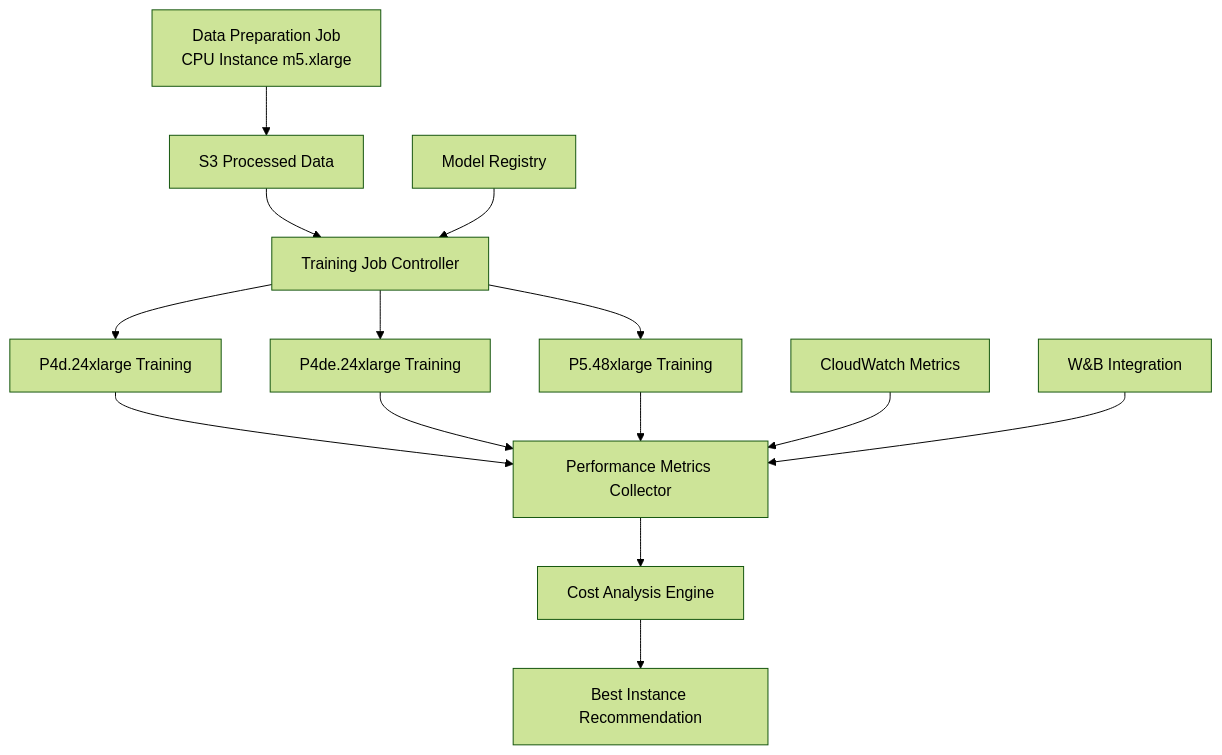
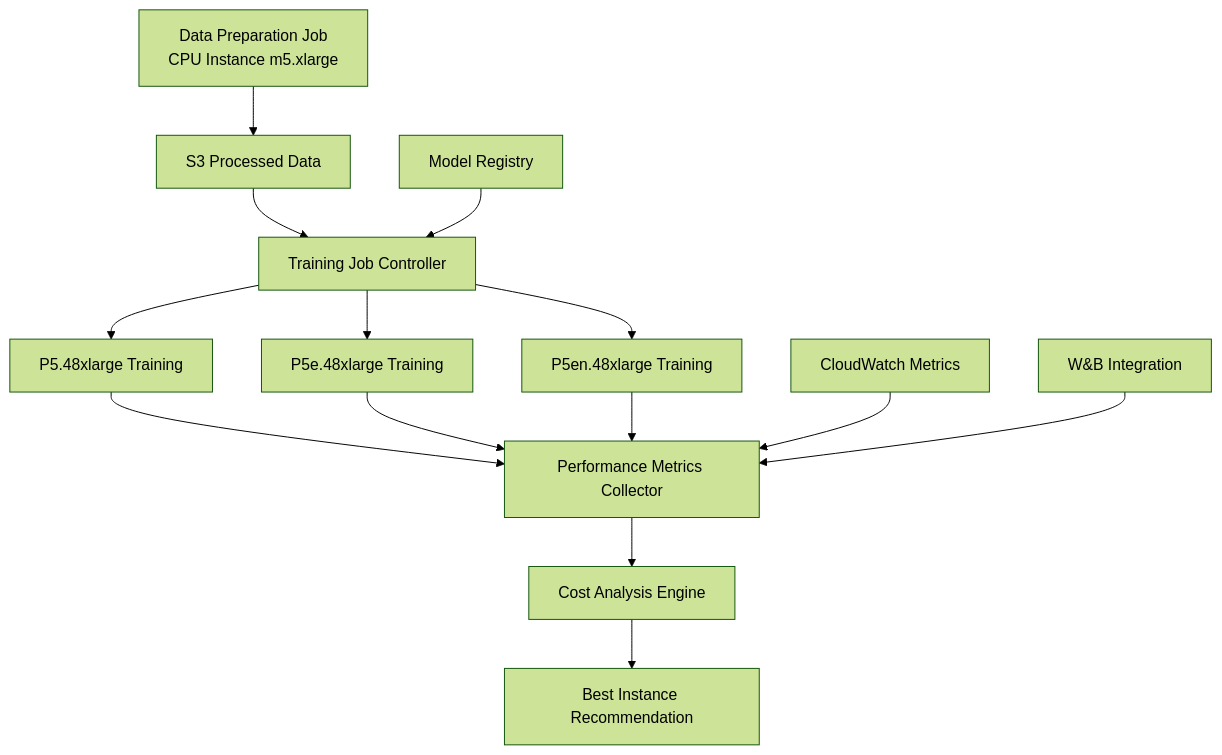
The diagram in SAGEMAKER_MIGRATION_PLAN.md (sarelWeinberger/qwen-hebrew-finetuning), drawn with Mermaid (forest theme) before and after one commit. The commit also changed other lines of this file and 1 other file, not shown here.

````diff
--- a/SAGEMAKER_MIGRATION_PLAN.md
+++ b/SAGEMAKER_MIGRATION_PLAN.md
@@ -11,20 +11,20 @@
 ```mermaid
 graph TB
     A[Data Preparation Job<br/>CPU Instance m5.xlarge] --> B[S3 Processed Data]
     B --> C[Training Job Controller]
     
-    C --> D[P4d.24xlarge Training]
-    C --> E[P4de.24xlarge Training] 
-    C --> F[P5.48xlarge Training]
+    C --> D[P5.48xlarge Training]
+    C --> E[P5e.48xlarge Training]
+    C --> F[P5en.48xlarge Training]
     
     D --> G[Performance Metrics Collector]
     E --> G
     F --> G
     
     G --> H[Cost Analysis Engine]
     H --> I[Best Instance Recommendation]
     
     J[Model Registry] --> C
     K[CloudWatch Metrics] --> G
     L[W&B Integration] --> G
 ```
````
